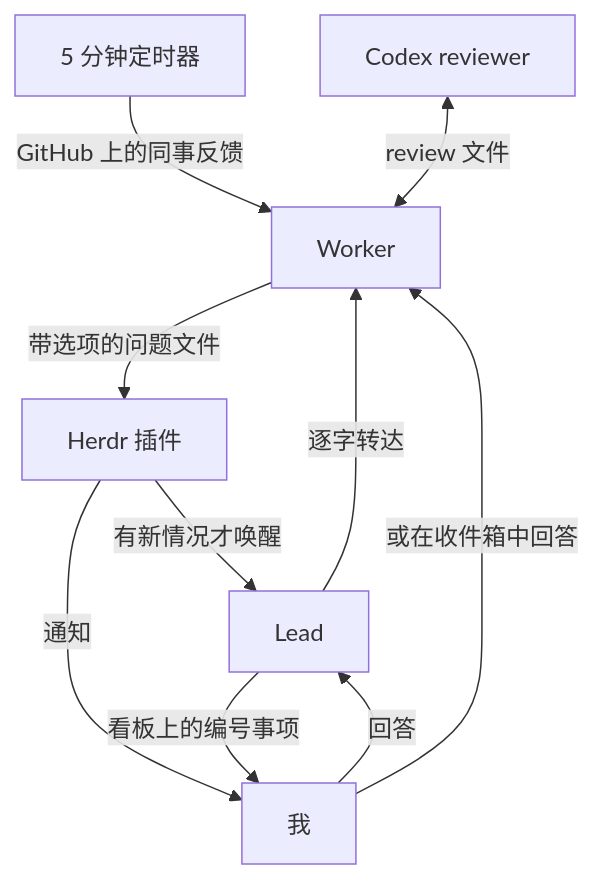
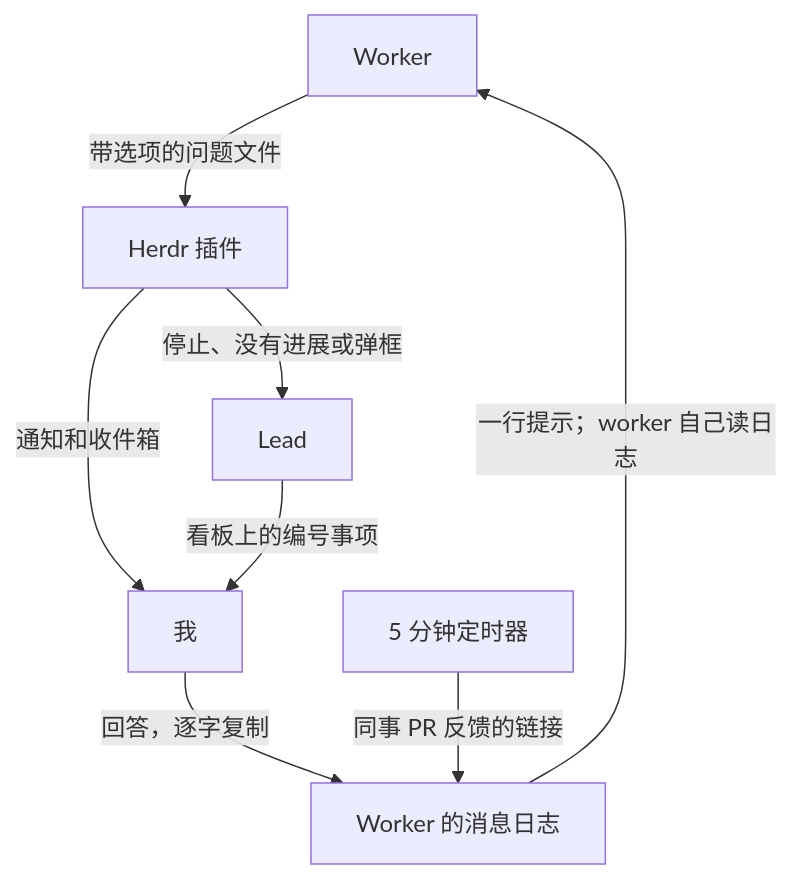
One commit to RankaiHQ/rankai-ai-workbook changed the second of 2 diagrams in docs/zh-CN/04-agent-workflow.md. Above: the diagram before and after it, drawn with Mermaid. The commit also changed other lines of this file and 4 other files, not shown here.

First line of the commit message:
Rewrite chapter 4 against agent-flow as of 13 November

````diff
--- a/docs/zh-CN/04-agent-workflow.md
+++ b/docs/zh-CN/04-agent-workflow.md
@@ -60,12 +66,10 @@
 ```mermaid
 flowchart TD
-    T[5 分钟定时器] -->|GitHub 上的同事反馈| W[Worker]
-    R[Codex reviewer] <-->|review 文件| W
-    W -->|带选项的问题文件| P[Herdr 插件]
-    P -->|有新情况才唤醒| L[Lead]
-    P -->|通知| K[我]
+    W[Worker] -->|带选项的问题文件| P[Herdr 插件]
+    P -->|通知和收件箱| K[我]
+    P -->|停止、没有进展或弹框| L[Lead]
     L -->|看板上的编号事项| K
-    K -->|回答| L
-    L -->|逐字转达| W
-    K -->|或在收件箱中回答| W
+    K -->|回答，逐字复制| M[Worker 的消息日志]
+    T[5 分钟定时器] -->|同事 PR 反馈的链接| M
+    M -->|一行提示；worker 自己读日志| W
 ```
````
